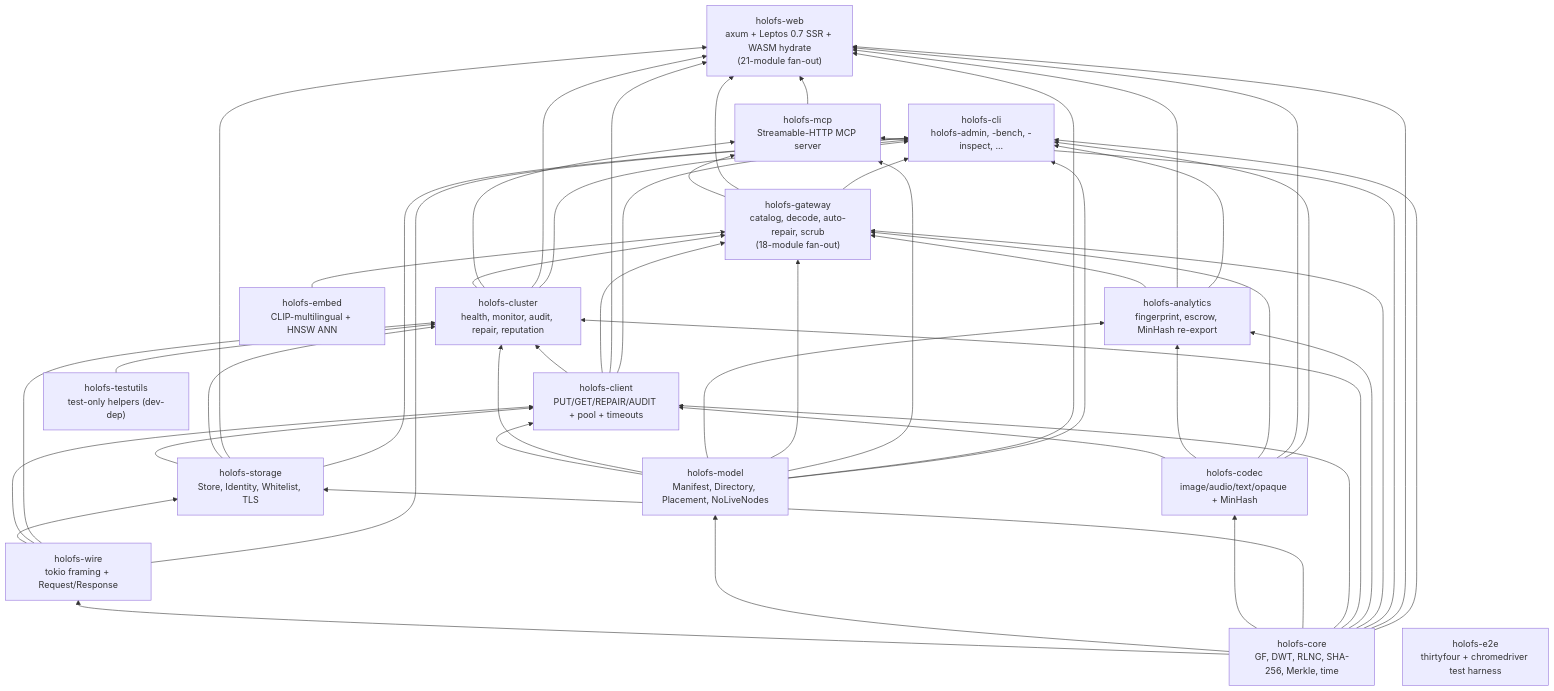
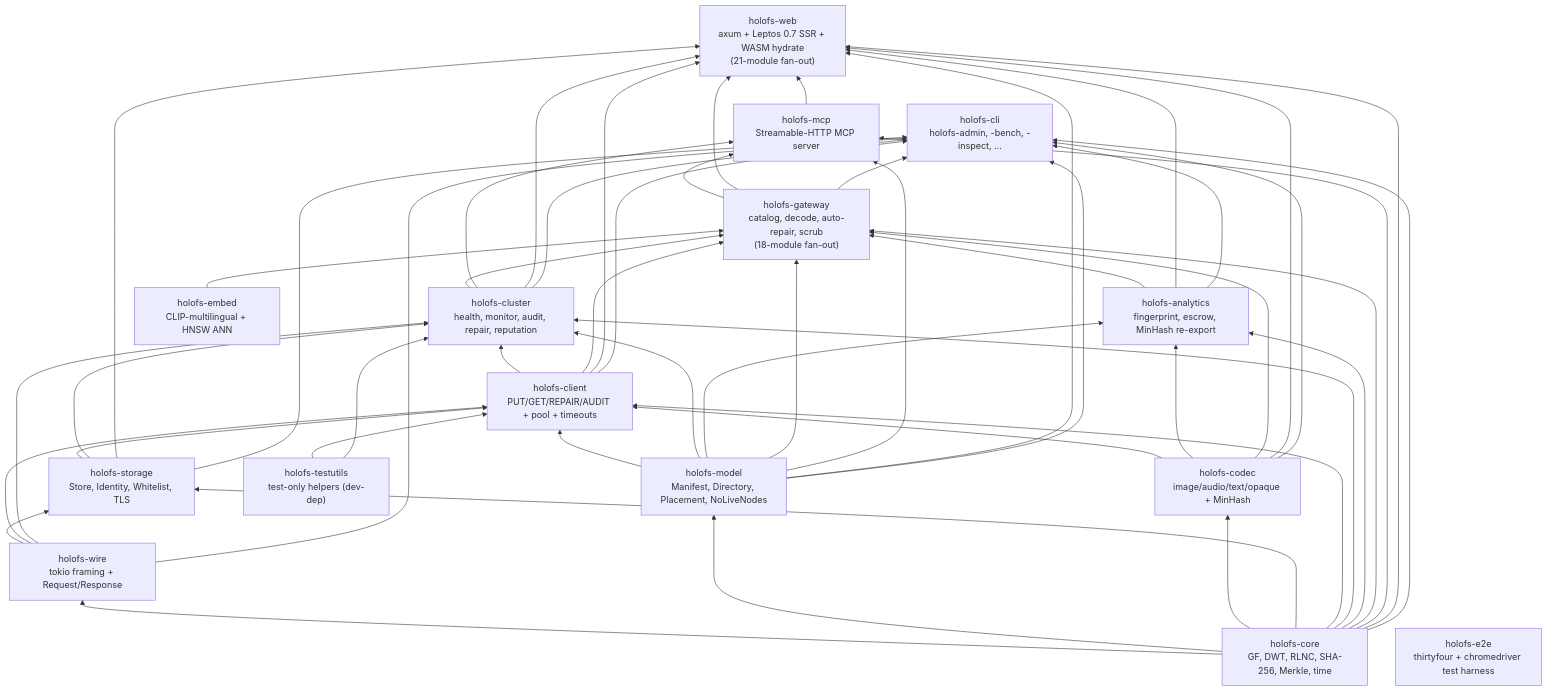
One commit to rmorenko/holofs changed the first of 5 diagrams in docs/architecture.md. Above: the diagram before and after it, drawn with Mermaid. The commit also changed 9 other files, not shown here.

````diff
--- a/docs/architecture.md
+++ b/docs/architecture.md
@@ -23,67 +23,68 @@
 ```mermaid
 graph BT
     core["holofs-core<br/>GF, DWT, RLNC, SHA-256, Merkle, time"]
     wire["holofs-wire<br/>tokio framing + Request/Response"]
     model["holofs-model<br/>Manifest, Directory, Placement, NoLiveNodes"]
     codec["holofs-codec<br/>image/audio/text/opaque + MinHash"]
     storage["holofs-storage<br/>Store, Identity, Whitelist, TLS"]
     client["holofs-client<br/>PUT/GET/REPAIR/AUDIT + pool + timeouts"]
     cluster["holofs-cluster<br/>health, monitor, audit, repair, reputation"]
     embed["holofs-embed<br/>CLIP-multilingual + HNSW ANN"]
     analytics["holofs-analytics<br/>fingerprint, escrow, MinHash re-export"]
     gateway["holofs-gateway<br/>catalog, decode, auto-repair, scrub<br/>(18-module fan-out)"]
     mcp["holofs-mcp<br/>Streamable-HTTP MCP server"]
     web["holofs-web<br/>axum + Leptos 0.7 SSR + WASM hydrate<br/>(21-module fan-out)"]
     cli["holofs-cli<br/>holofs-admin, -bench, -inspect, ..."]
     testutils["holofs-testutils<br/>test-only helpers (dev-dep)"]
     e2e["holofs-e2e<br/>thirtyfour + chromedriver test harness"]
 
     core --> wire
     core --> model
     core --> codec
     core --> storage
     wire --> storage
     storage --> client
     model --> client
     codec --> client
     wire --> client
     core --> client
     core --> cluster
     model --> cluster
     wire --> cluster
     storage --> cluster
     client --> cluster
+    testutils --> client
     testutils --> cluster
     core --> analytics
     model --> analytics
     codec --> analytics
     core --> gateway
     model --> gateway
     codec --> gateway
     client --> gateway
     cluster --> gateway
     embed --> gateway
     analytics --> gateway
     core --> mcp
     model --> mcp
     cluster --> mcp
     gateway --> mcp
     core --> web
     model --> web
     codec --> web
     client --> web
     cluster --> web
     storage --> web
     gateway --> web
     analytics --> web
     mcp --> web
     core --> cli
     model --> cli
     wire --> cli
     codec --> cli
     storage --> cli
     client --> cli
     cluster --> cli
     analytics --> cli
     gateway --> cli
 ```
````
